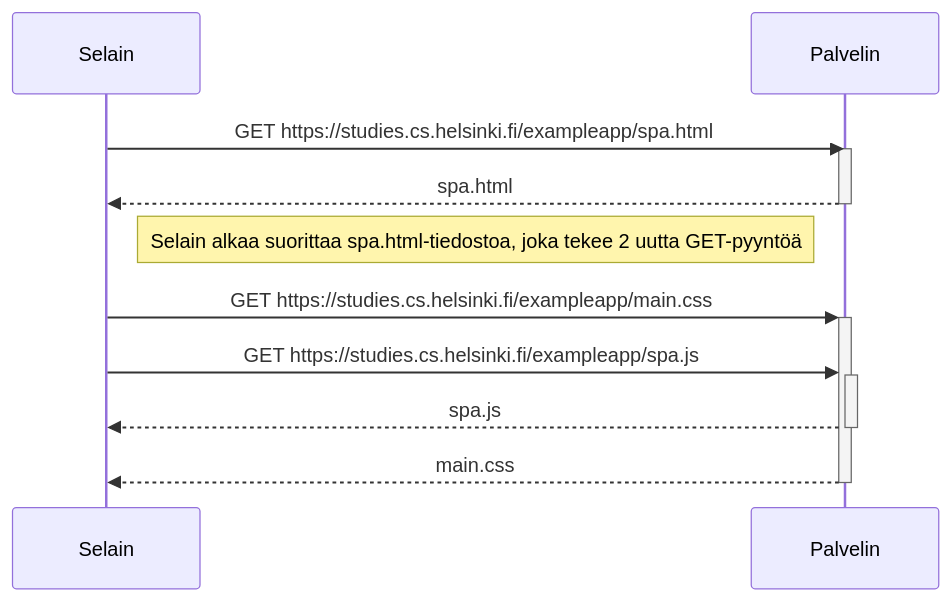
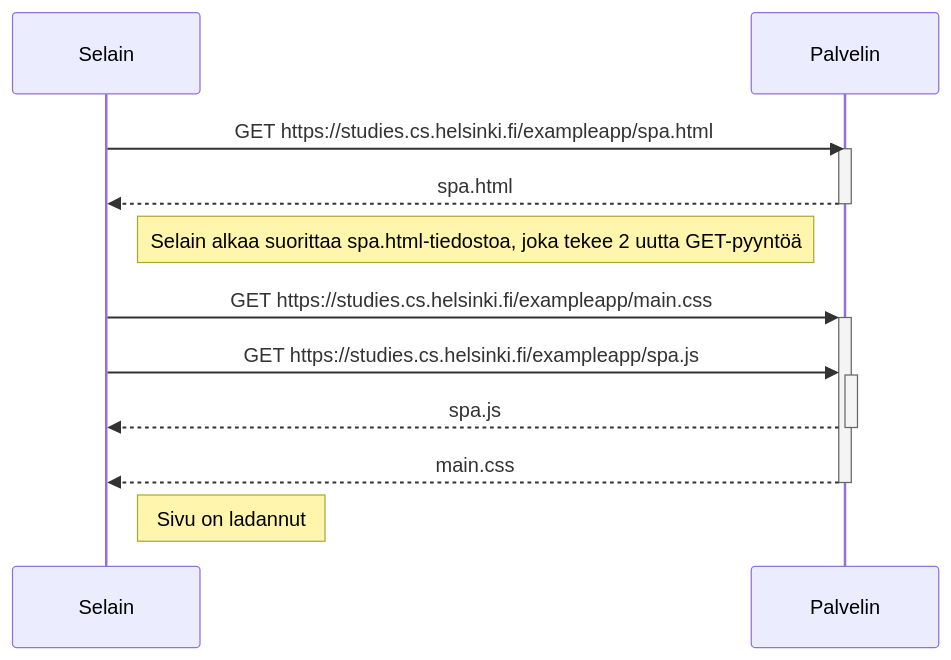
The diagram in 0.5.md (PasiParviainen/Fullstackosa0), drawn with Mermaid before and after one commit.

````diff
--- a/0.5.md
+++ b/0.5.md
@@ -1,17 +1,19 @@
 ```mermaid
 sequenceDiagram
   Participant S as Selain
   Participant P as Palvelin
 
   S->>P: GET https://studies.cs.helsinki.fi/exampleapp/spa.html
   activate P
   P-->>S: spa.html
   deactivate P
 
   note right of S: Selain alkaa suorittaa spa.html-tiedostoa, joka tekee 2 uutta GET-pyyntöä
 
   S->>+P: GET https://studies.cs.helsinki.fi/exampleapp/main.css
   S->>+P: GET https://studies.cs.helsinki.fi/exampleapp/spa.js
   P-->>-S: spa.js
   P-->>-S: main.css
+
+  note right of S: Sivu on ladannut
 ```
````
